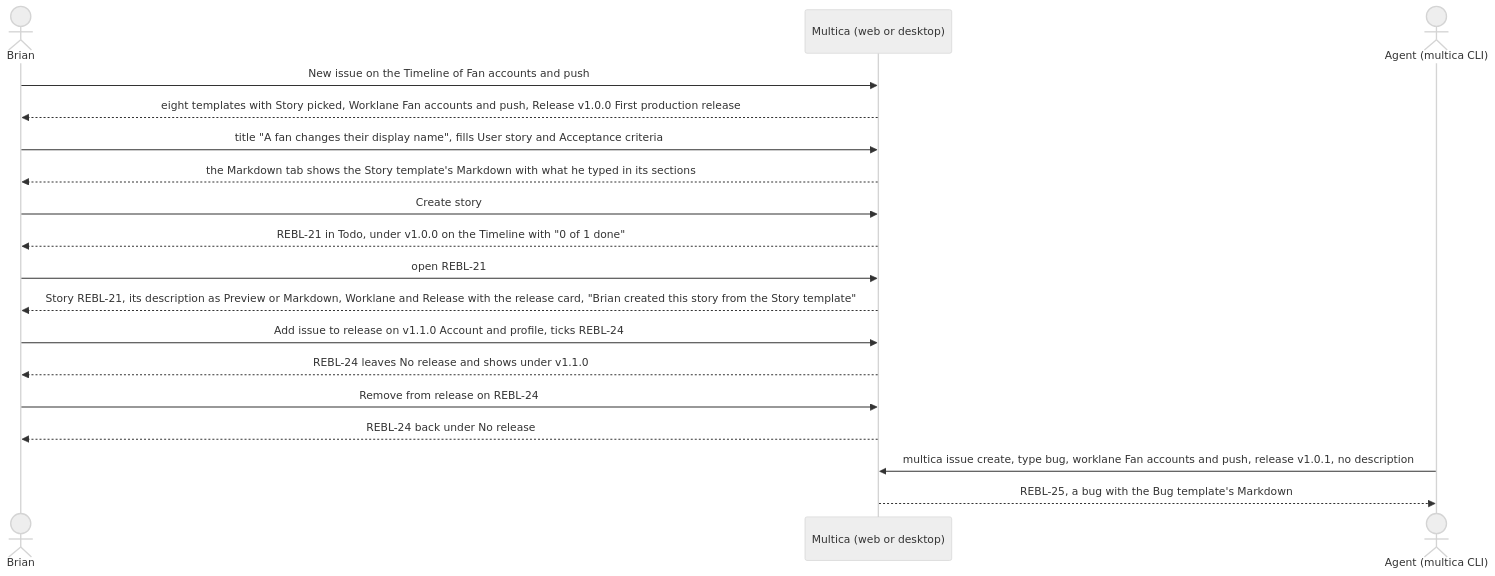
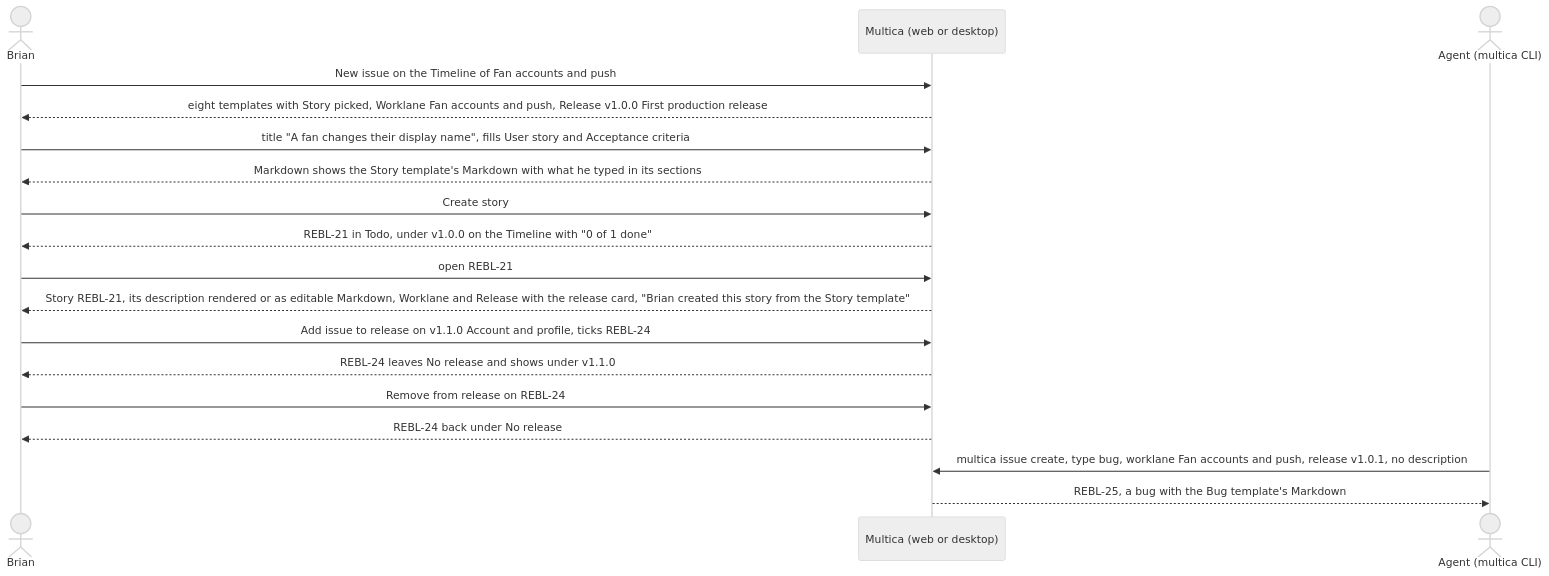
One commit to appboypov/multica changed the diagram in specs/openspec/changes/issues-from-templates/proposal.md. Above: the diagram before and after it, drawn with Mermaid (neutral theme). The commit also changed other lines of this file and 32 other files, not shown here.

First line of the commit message:
feat(issues): edit the description as Markdown everywhere, with a copy button (WORK-434)

````diff
--- a/specs/openspec/changes/issues-from-templates/proposal.md
+++ b/specs/openspec/changes/issues-from-templates/proposal.md
@@ -3,20 +3,20 @@
 ```mermaid
 sequenceDiagram
   actor B as Brian
   participant M as Multica (web or desktop)
   actor A as Agent (multica CLI)
   B->>M: New issue on the Timeline of Fan accounts and push
   M-->>B: eight templates with Story picked, Worklane Fan accounts and push, Release v1.0.0 First production release
   B->>M: title "A fan changes their display name", fills User story and Acceptance criteria
-  M-->>B: the Markdown tab shows the Story template's Markdown with what he typed in its sections
+  M-->>B: Markdown shows the Story template's Markdown with what he typed in its sections
   B->>M: Create story
   M-->>B: REBL-21 in Todo, under v1.0.0 on the Timeline with "0 of 1 done"
   B->>M: open REBL-21
-  M-->>B: Story REBL-21, its description as Preview or Markdown, Worklane and Release with the release card, "Brian created this story from the Story template"
+  M-->>B: Story REBL-21, its description rendered or as editable Markdown, Worklane and Release with the release card, "Brian created this story from the Story template"
   B->>M: Add issue to release on v1.1.0 Account and profile, ticks REBL-24
   M-->>B: REBL-24 leaves No release and shows under v1.1.0
   B->>M: Remove from release on REBL-24
   M-->>B: REBL-24 back under No release
   A->>M: multica issue create, type bug, worklane Fan accounts and push, release v1.0.1, no description
   M-->>A: REBL-25, a bug with the Bug template's Markdown
 ```
````
